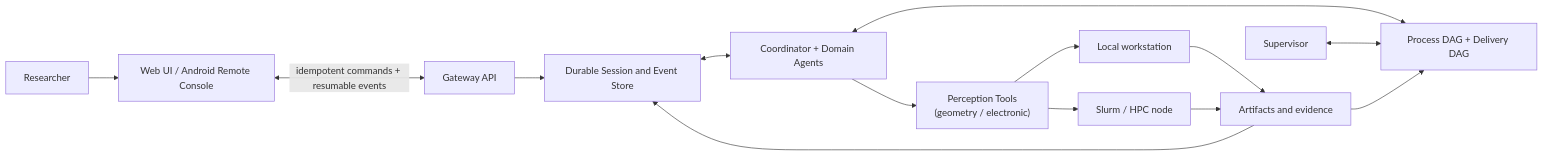
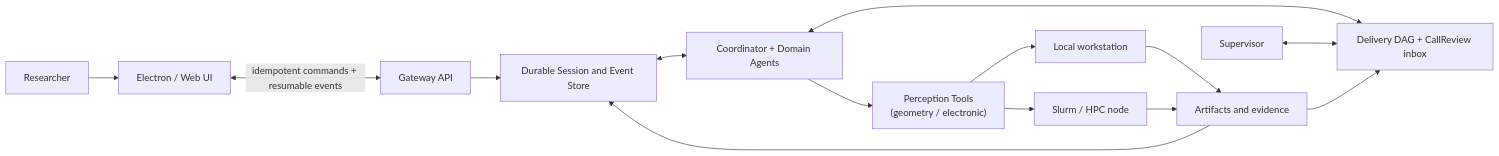
The diagram in README.md (jiajia-jun/Cloudra-mechanism-agent), drawn with Mermaid before and after one commit. The commit also changed other lines of this file and 120 other files, not shown here.

````diff
--- a/README.md
+++ b/README.md
@@ -126,16 +133,16 @@
 ```mermaid
 flowchart LR
-    U["Researcher"] --> C["Web UI / Android Remote Console"]
+    U["Researcher"] --> C["Electron / Web UI"]
     C <-->|"idempotent commands + resumable events"| G["Gateway API"]
     G --> S["Durable Session and Event Store"]
     S <--> A["Coordinator + Domain Agents"]
     A --> P["Perception Tools<br/>(geometry / electronic)"]
-    A <--> D2["Process DAG + Delivery DAG"]
+    A <--> D2["Delivery DAG + CallReview inbox"]
     SV["Supervisor"] <--> D2
     P --> L["Local workstation"]
     P --> H["Slurm / HPC node"]
     L --> R["Artifacts and evidence"]
     H --> R
     R --> D2
     R --> S
 ```
````
